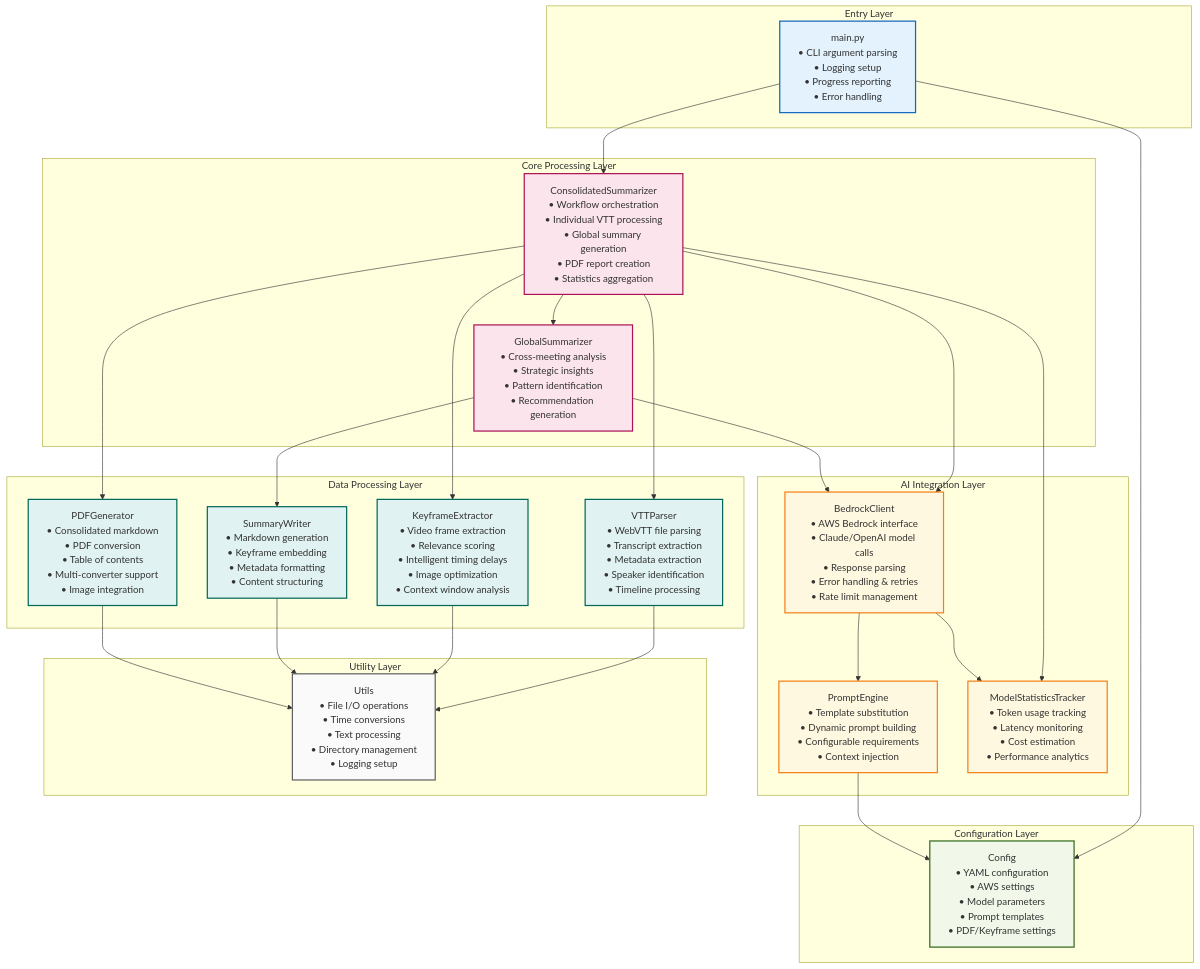
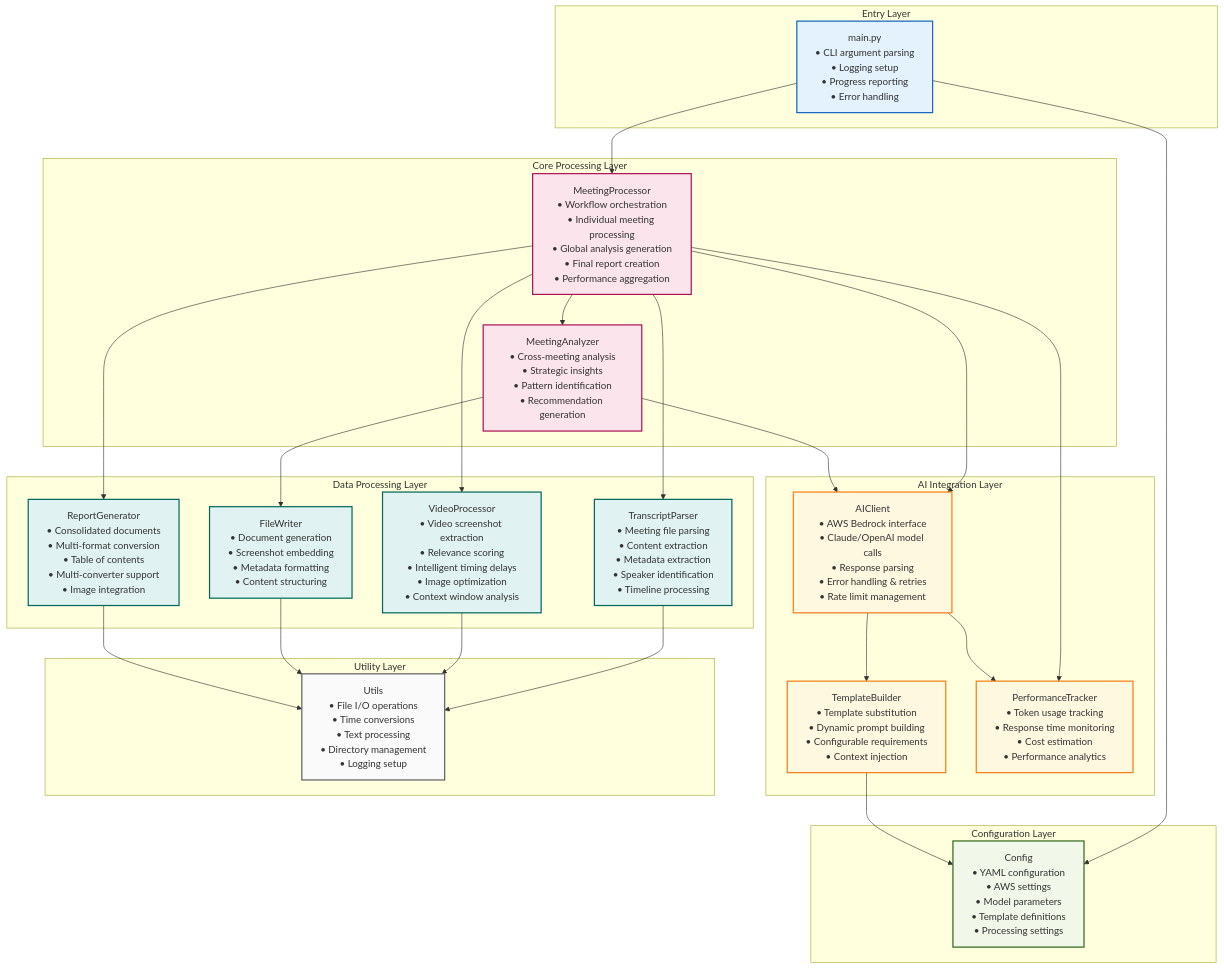
One commit to jogule/ms-teams-summarizer changed the second of 4 diagrams in architecture.md. Above: the diagram before and after it, drawn with Mermaid. The commit also changed other lines of this file and 12 other files, not shown here.

First line of the commit message:
Implement transcript parsing, template building, and video processing for meeting summaries

````diff
--- a/architecture.md
+++ b/architecture.md
@@ -90,77 +90,77 @@
 ```mermaid
 graph TD
     subgraph "Entry Layer"
         MAIN[main.py<br/>• CLI argument parsing<br/>• Logging setup<br/>• Progress reporting<br/>• Error handling]
     end
     
     subgraph "Configuration Layer"
-        CONFIG[Config<br/>• YAML configuration<br/>• AWS settings<br/>• Model parameters<br/>• Prompt templates<br/>• PDF/Keyframe settings]
+        CONFIG[Config<br/>• YAML configuration<br/>• AWS settings<br/>• Model parameters<br/>• Template definitions<br/>• Processing settings]
     end
     
     subgraph "Core Processing Layer"
-        CONSOLIDATED[ConsolidatedSummarizer<br/>• Workflow orchestration<br/>• Individual VTT processing<br/>• Global summary generation<br/>• PDF report creation<br/>• Statistics aggregation]
+        PROCESSOR[MeetingProcessor<br/>• Workflow orchestration<br/>• Individual meeting processing<br/>• Global analysis generation<br/>• Final report creation<br/>• Performance aggregation]
         
-        GLOBAL[GlobalSummarizer<br/>• Cross-meeting analysis<br/>• Strategic insights<br/>• Pattern identification<br/>• Recommendation generation]
+        ANALYZER[MeetingAnalyzer<br/>• Cross-meeting analysis<br/>• Strategic insights<br/>• Pattern identification<br/>• Recommendation generation]
     end
     
     subgraph "AI Integration Layer"
-        BEDROCK[BedrockClient<br/>• AWS Bedrock interface<br/>• Claude/OpenAI model calls<br/>• Response parsing<br/>• Error handling & retries<br/>• Rate limit management]
+        AI_CLIENT[AIClient<br/>• AWS Bedrock interface<br/>• Claude/OpenAI model calls<br/>• Response parsing<br/>• Error handling & retries<br/>• Rate limit management]
         
-        PROMPT[PromptEngine<br/>• Template substitution<br/>• Dynamic prompt building<br/>• Configurable requirements<br/>• Context injection]
+        TEMPLATE[TemplateBuilder<br/>• Template substitution<br/>• Dynamic prompt building<br/>• Configurable requirements<br/>• Context injection]
         
-        STATS[ModelStatisticsTracker<br/>• Token usage tracking<br/>• Latency monitoring<br/>• Cost estimation<br/>• Performance analytics]
+        PERFORMANCE[PerformanceTracker<br/>• Token usage tracking<br/>• Response time monitoring<br/>• Cost estimation<br/>• Performance analytics]
     end
     
     subgraph "Data Processing Layer"
-        VTT_PARSER[VTTParser<br/>• WebVTT file parsing<br/>• Transcript extraction<br/>• Metadata extraction<br/>• Speaker identification<br/>• Timeline processing]
+        TRANSCRIPT_PARSER[TranscriptParser<br/>• Meeting file parsing<br/>• Content extraction<br/>• Metadata extraction<br/>• Speaker identification<br/>• Timeline processing]
         
-        KEYFRAME[KeyframeExtractor<br/>• Video frame extraction<br/>• Relevance scoring<br/>• Intelligent timing delays<br/>• Image optimization<br/>• Context window analysis]
+        VIDEO_PROCESSOR[VideoProcessor<br/>• Video screenshot extraction<br/>• Relevance scoring<br/>• Intelligent timing delays<br/>• Image optimization<br/>• Context window analysis]
         
-        WRITER[SummaryWriter<br/>• Markdown generation<br/>• Keyframe embedding<br/>• Metadata formatting<br/>• Content structuring]
+        WRITER[FileWriter<br/>• Document generation<br/>• Screenshot embedding<br/>• Metadata formatting<br/>• Content structuring]
         
-        PDF[PDFGenerator<br/>• Consolidated markdown<br/>• PDF conversion<br/>• Table of contents<br/>• Multi-converter support<br/>• Image integration]
+        REPORT[ReportGenerator<br/>• Consolidated documents<br/>• Multi-format conversion<br/>• Table of contents<br/>• Multi-converter support<br/>• Image integration]
     end
     
     subgraph "Utility Layer"
         UTILS[Utils<br/>• File I/O operations<br/>• Time conversions<br/>• Text processing<br/>• Directory management<br/>• Logging setup]
     end
     
     %% Connections
-    MAIN --> CONSOLIDATED
+    MAIN --> PROCESSOR
     MAIN --> CONFIG
     
-    CONSOLIDATED --> VTT_PARSER
-    CONSOLIDATED --> BEDROCK
-    CONSOLIDATED --> KEYFRAME
-    CONSOLIDATED --> GLOBAL
-    CONSOLIDATED --> PDF
-    CONSOLIDATED --> STATS
+    PROCESSOR --> TRANSCRIPT_PARSER
+    PROCESSOR --> AI_CLIENT
+    PROCESSOR --> VIDEO_PROCESSOR
+    PROCESSOR --> ANALYZER
+    PROCESSOR --> REPORT
+    PROCESSOR --> PERFORMANCE
     
-    GLOBAL --> BEDROCK
-    GLOBAL --> WRITER
+    ANALYZER --> AI_CLIENT
+    ANALYZER --> WRITER
     
-    BEDROCK --> PROMPT
-    BEDROCK --> STATS
+    AI_CLIENT --> TEMPLATE
+    AI_CLIENT --> PERFORMANCE
     
-    VTT_PARSER --> UTILS
-    KEYFRAME --> UTILS
+    TRANSCRIPT_PARSER --> UTILS
+    VIDEO_PROCESSOR --> UTILS
     WRITER --> UTILS
-    PDF --> UTILS
+    REPORT --> UTILS
     
-    PROMPT --> CONFIG
+    TEMPLATE --> CONFIG
     
     %% Styling
     classDef entry fill:#e3f2fd,stroke:#1565c0,stroke-width:2px
     classDef config fill:#f1f8e9,stroke:#33691e,stroke-width:2px
     classDef core fill:#fce4ec,stroke:#ad1457,stroke-width:2px
     classDef ai fill:#fff8e1,stroke:#f57f17,stroke-width:2px
     classDef data fill:#e0f2f1,stroke:#00695c,stroke-width:2px
     classDef util fill:#fafafa,stroke:#616161,stroke-width:2px
     
     class MAIN entry
     class CONFIG config
-    class CONSOLIDATED,GLOBAL core
-    class BEDROCK,PROMPT,STATS ai
-    class VTT_PARSER,KEYFRAME,WRITER,PDF data
+    class PROCESSOR,ANALYZER core
+    class AI_CLIENT,TEMPLATE,PERFORMANCE ai
+    class TRANSCRIPT_PARSER,VIDEO_PROCESSOR,WRITER,REPORT data
     class UTILS util
 ```
````
